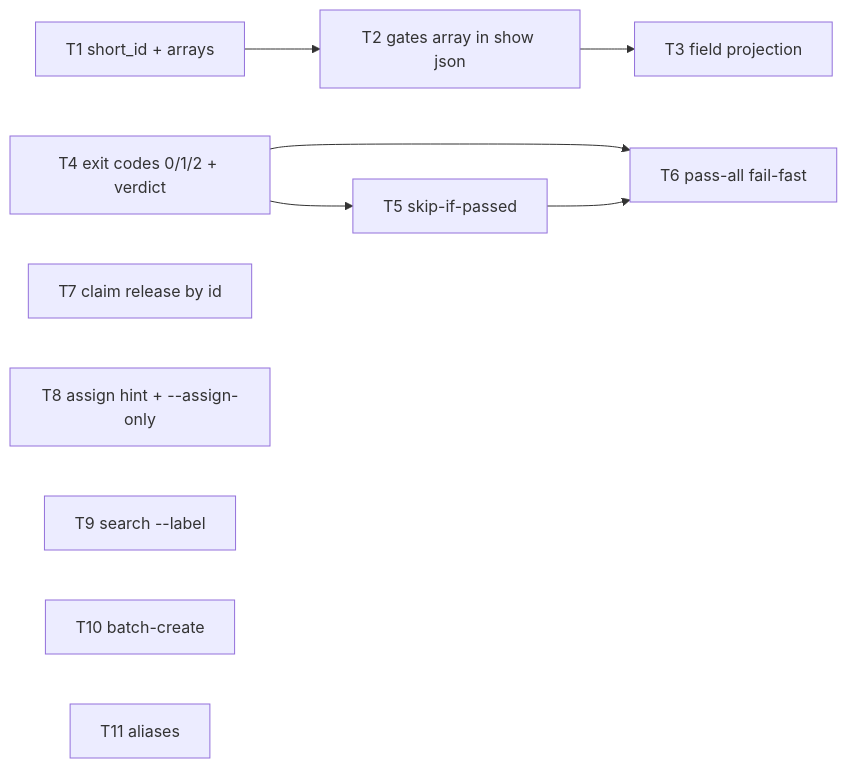
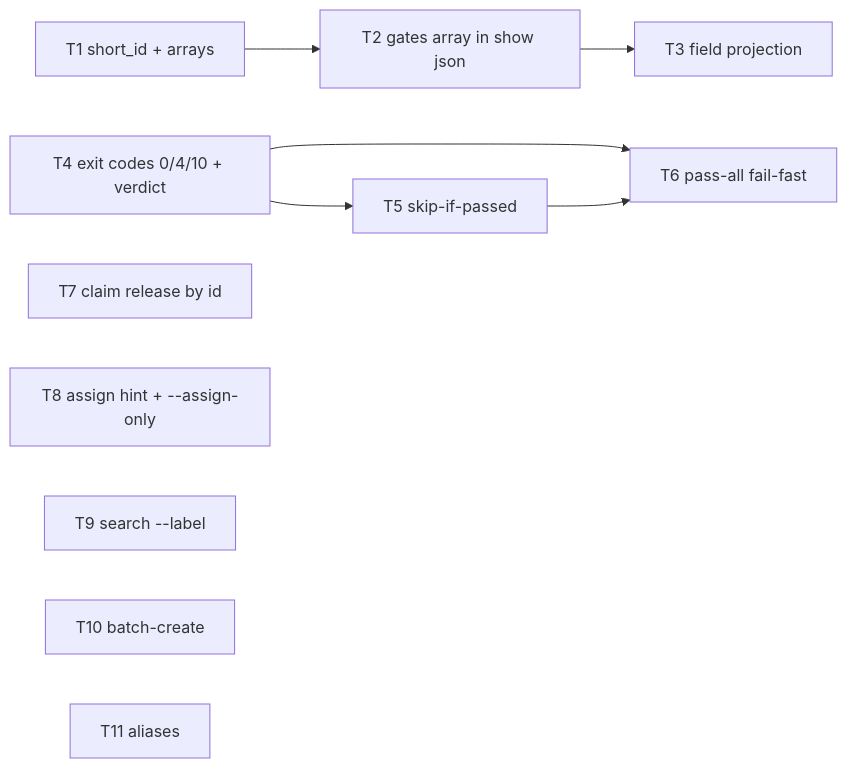
Before and after one commit to erankavija/just-in-time: the diagram in dev/active/53e3fa36-c0cb-4206-8e8e-0a21aafb213e-plan.md, drawn with Mermaid. The commit also changed other lines of this file and 4 other files, not shown here.

````diff
--- a/dev/active/53e3fa36-c0cb-4206-8e8e-0a21aafb213e-plan.md
+++ b/dev/active/53e3fa36-c0cb-4206-8e8e-0a21aafb213e-plan.md
@@ -84,13 +86,13 @@
 ```mermaid
 flowchart LR
   T1[T1 short_id + arrays] --> T2[T2 gates array in show json]
   T2 --> T3[T3 field projection]
-  T4[T4 exit codes 0/1/2 + verdict] --> T5[T5 skip-if-passed]
+  T4[T4 exit codes 0/4/10 + verdict] --> T5[T5 skip-if-passed]
   T4 --> T6[T6 pass-all fail-fast]
   T5 --> T6
   T7[T7 claim release by id]
   T8[T8 assign hint + --assign-only]
   T9[T9 search --label]
   T10[T10 batch-create]
   T11[T11 aliases]
 ```
````
